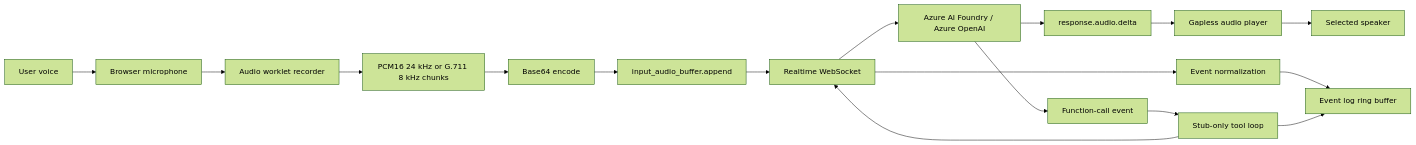
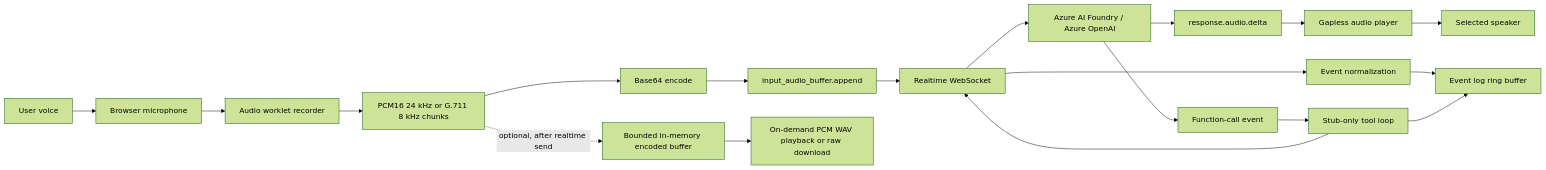
One commit to NikoMix/ms-partner-realtime-demo changed the diagram in docs/ARCHITECTURE.md. Above: the diagram before and after it, drawn with Mermaid (forest theme). The commit also changed other lines of this file and 13 other files, not shown here.

````diff
--- a/docs/ARCHITECTURE.md
+++ b/docs/ARCHITECTURE.md
@@ -63,20 +63,22 @@
 ```mermaid
 flowchart LR
   User[User voice] --> Mic[Browser microphone]
   Mic --> Worklet[Audio worklet recorder]
   Worklet --> Encoded[PCM16 24 kHz or G.711 8 kHz chunks]
   Encoded --> B64[Base64 encode]
   B64 --> Append[input_audio_buffer.append]
   Append --> WS[Realtime WebSocket]
+  Encoded -. optional, after realtime send .-> Archive[Bounded in-memory encoded buffer]
+  Archive --> Export[On-demand PCM WAV playback or raw download]
   WS --> Azure[Azure AI Foundry / Azure OpenAI]
   Azure --> Delta[response.audio.delta]
   Delta --> Player[Gapless audio player]
   Player --> Speaker[Selected speaker]
 
   WS --> Normalize[Event normalization]
   Normalize --> Log[Event log ring buffer]
   Azure --> ToolCall[Function-call event]
   ToolCall --> StubTools[Stub-only tool loop]
   StubTools --> Log
   StubTools --> WS
 ```
````
